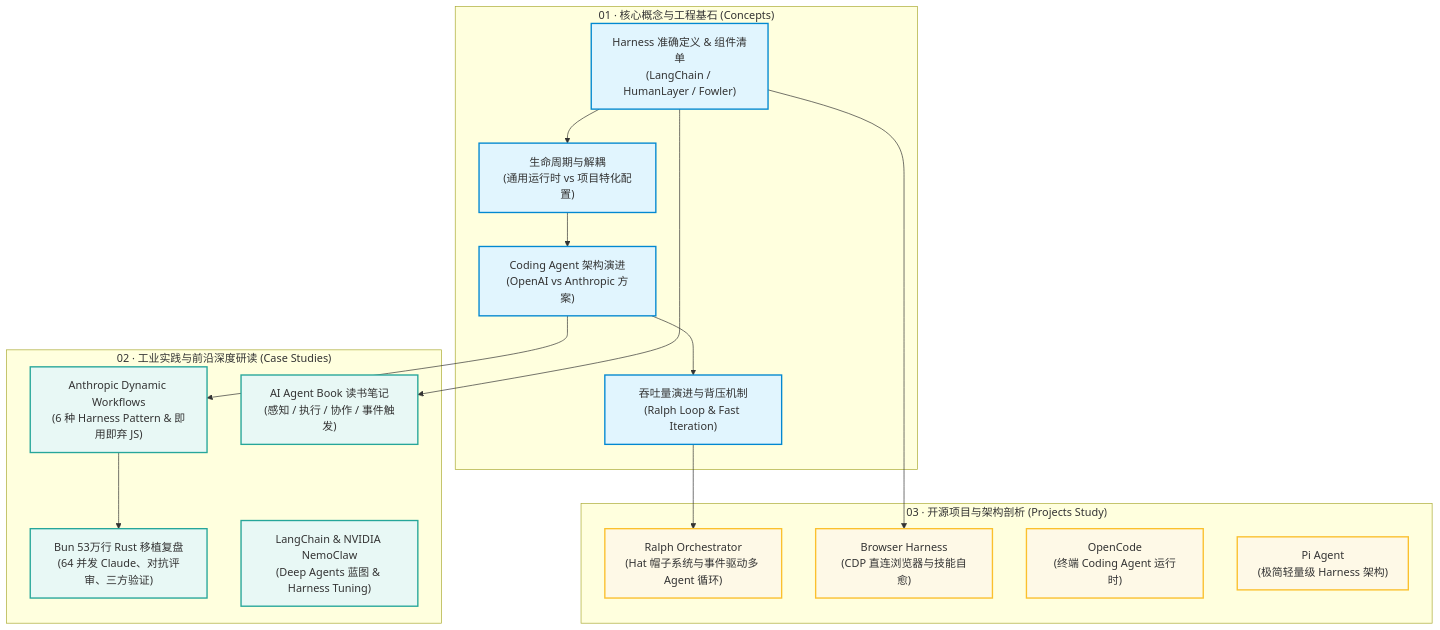
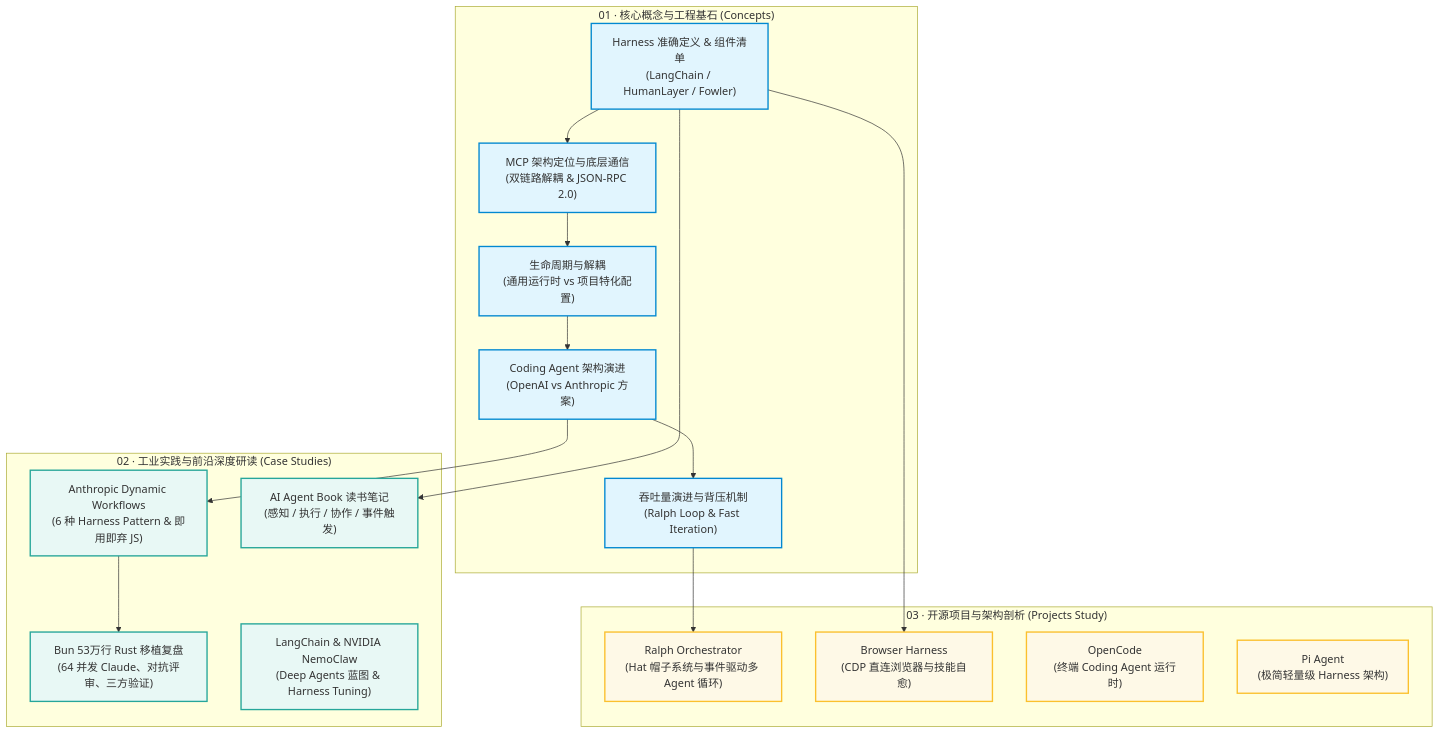
The diagram in README.md (Yajing-Z/llm-agent-learning), drawn with Mermaid before and after one commit. The commit also changed other lines of this file and 3 other files, not shown here.

Commit message:
docs: add MCP architecture, wire-level protocol, and tool scaling patterns

````diff
--- a/README.md
+++ b/README.md
@@ -11,33 +11,34 @@
 ```mermaid
 graph TD
     classDef concept fill:#e1f5fe,stroke:#0288d1,stroke-width:2px;
     classDef practice fill:#e8f8f5,stroke:#26a69a,stroke-width:2px;
     classDef project fill:#fef9e7,stroke:#fbc02d,stroke-width:2px;
 
     subgraph C1["01 · 核心概念与工程基石 (Concepts)"]
         HD["Harness 准确定义 & 组件清单<br/>(LangChain / HumanLayer / Fowler)"]:::concept
+        MCP["MCP 架构定位与底层通信<br/>(双链路解耦 & JSON-RPC 2.0)"]:::concept
         HL["生命周期与解耦<br/>(通用运行时 vs 项目特化配置)"]:::concept
         CA["Coding Agent 架构演进<br/>(OpenAI vs Anthropic 方案)"]:::concept
         TP["吞吐量演进与背压机制<br/>(Ralph Loop & Fast Iteration)"]:::concept
     end
 
     subgraph C2["02 · 工业实践与前沿深度研读 (Case Studies)"]
         ADW["Anthropic Dynamic Workflows<br/>(6 种 Harness Pattern & 即用即弃 JS)"]:::practice
         BUN["Bun 53万行 Rust 移植复盘<br/>(64 并发 Claude、对抗评审、三方验证)"]:::practice
         NEMO["LangChain & NVIDIA NemoClaw<br/>(Deep Agents 蓝图 & Harness Tuning)"]:::practice
         BOOK["AI Agent Book 读书笔记<br/>(感知 / 执行 / 协作 / 事件触发)"]:::practice
     end
 
     subgraph C3["03 · 开源项目与架构剖析 (Projects Study)"]
         RALPH["Ralph Orchestrator<br/>(Hat 帽子系统与事件驱动多 Agent 循环)"]:::project
         BROWSER["Browser Harness<br/>(CDP 直连浏览器与技能自愈)"]:::project
         OPENCODE["OpenCode<br/>(终端 Coding Agent 运行时)"]:::project
         PI["Pi Agent<br/>(极简轻量级 Harness 架构)"]:::project
     end
 
-    HD --> HL --> CA --> TP
+    HD --> MCP --> HL --> CA --> TP
     CA --> ADW --> BUN
     TP --> RALPH
     HD --> BROWSER
     HD --> BOOK
 ```
````
